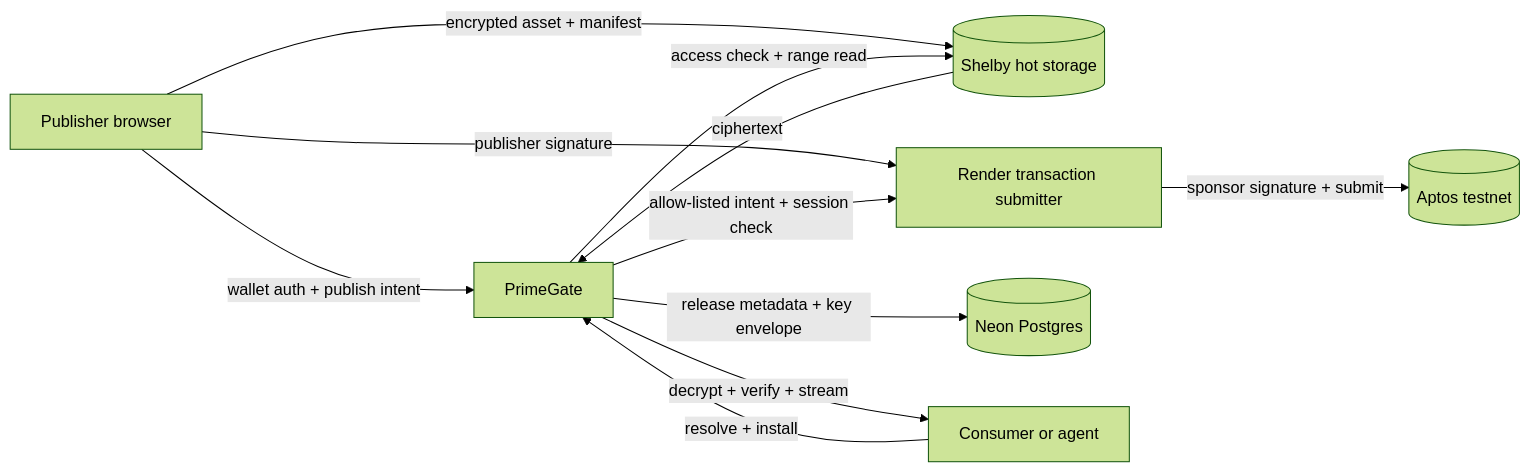
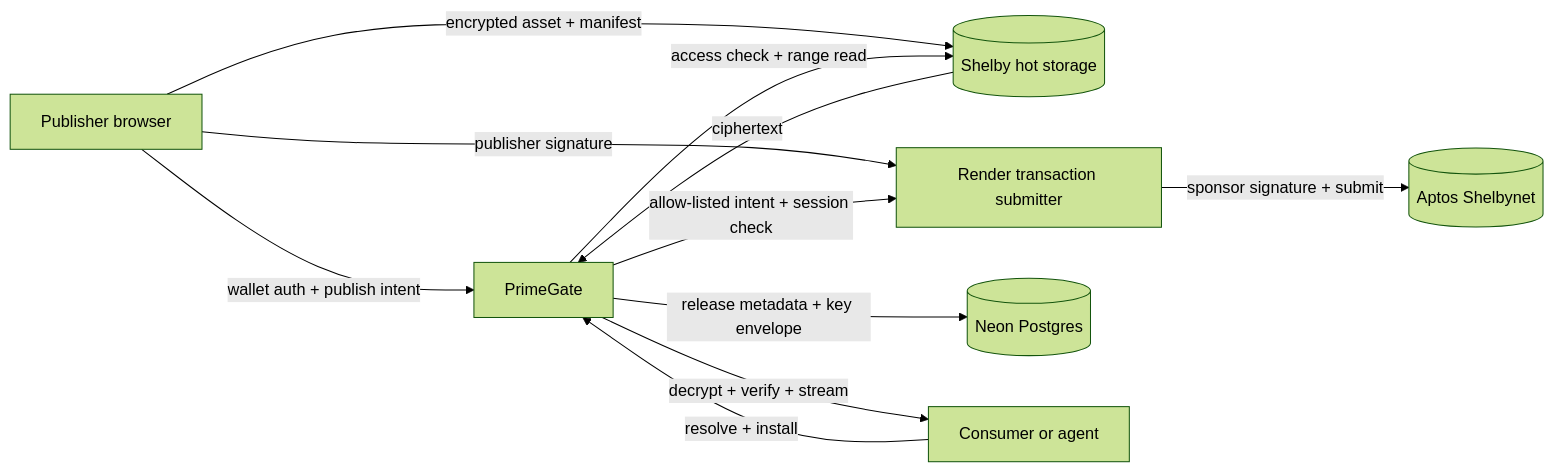
The diagram in README.md (Jr-kenny/primegate-hub), drawn with Mermaid (forest theme) before and after one commit. The commit also changed other lines of this file, not shown here.

Commit message:
docs: update PrimeGate network references

````diff
--- a/README.md
+++ b/README.md
@@ -32,13 +32,13 @@
 ```mermaid
 flowchart LR
   publisher[Publisher browser] -->|wallet auth + publish intent| primegate[PrimeGate]
   publisher -->|encrypted asset + manifest| shelby[(Shelby hot storage)]
   publisher -->|publisher signature| submitter[Render transaction submitter]
-  submitter -->|sponsor signature + submit| aptos[(Aptos testnet)]
+  submitter -->|sponsor signature + submit| aptos[(Aptos Shelbynet)]
   primegate -->|allow-listed intent + session check| submitter
   primegate -->|release metadata + key envelope| neon[(Neon Postgres)]
   consumer[Consumer or agent] -->|resolve + install| primegate
   primegate -->|access check + range read| shelby
   shelby -->|ciphertext| primegate
   primegate -->|decrypt + verify + stream| consumer
 ```
````
